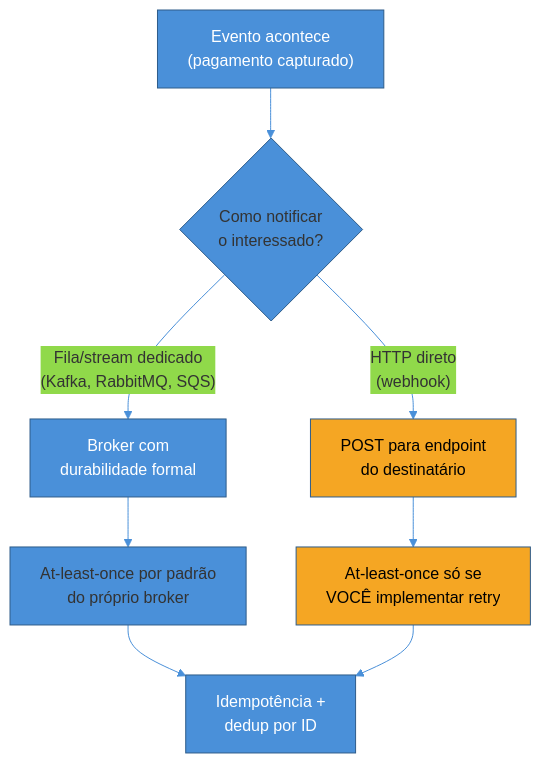
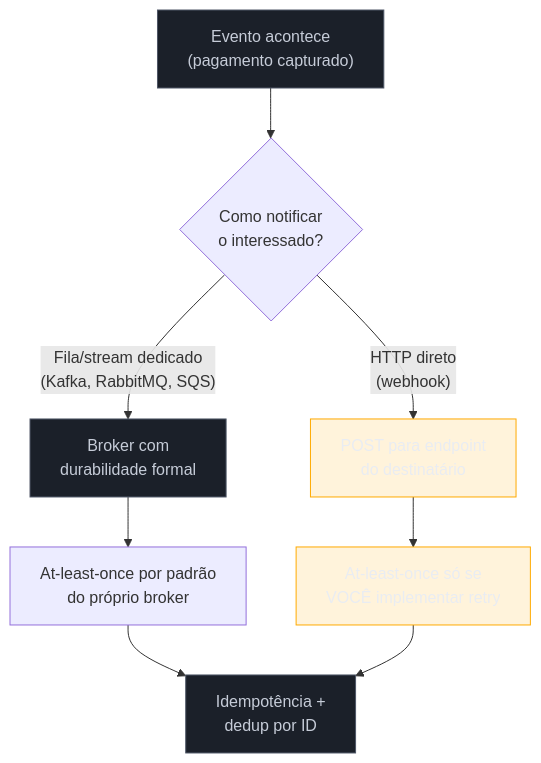
One commit to josenaldo/codex-technomanticus changed the second of 2 diagrams in 03-Dominios/Engenharia/Comunicação entre Sistemas/4 - Comunicação assíncrona/06 - O que está emergindo em mensageria.md. Above: the diagram before and after it, drawn with Mermaid. The commit also changed other lines of this file and 1181 other files, not shown here.

First line of the commit message:
fix(diagramas): paleta do sistema no lugar de cor cravada no markdown

````diff
--- a/03-Dominios/Engenharia/Comunicação entre Sistemas/4 - Comunicação assíncrona/06 - O que está emergindo em mensageria.md
+++ b/03-Dominios/Engenharia/Comunicação entre Sistemas/4 - Comunicação assíncrona/06 - O que está emergindo em mensageria.md
@@ -231,20 +232,21 @@
 ```mermaid
-%%{init: {"theme": "base", "themeVariables": {"primaryColor": "#4A90D9", "primaryBorderColor": "#2E5C8A", "lineColor": "#4A90D9"}}}%%
 graph TD
+    classDef neutro fill:#1B2029,stroke:#4E5666,color:#C6CCD8
+    classDef destaque fill:#FFAA0024,stroke:#FFAA00,color:#E9ECF2
     E["Evento acontece<br/>(pagamento capturado)"] --> Q{"Como notificar<br/>o interessado?"}
 
     Q -->|"Fila/stream dedicado<br/>(Kafka, RabbitMQ, SQS)"| BROKER["Broker com<br/>durabilidade formal"]
     Q -->|"HTTP direto<br/>(webhook)"| WH["POST para endpoint<br/>do destinatário"]
 
     BROKER --> G1["At-least-once por padrão<br/>do próprio broker"]
     WH --> G2["At-least-once só se<br/>VOCÊ implementar retry"]
 
     G1 --> DEDUP["Idempotência +<br/>dedup por ID"]
     G2 --> DEDUP
 
-    style E fill:#4A90D9,color:#fff
-    style BROKER fill:#4A90D9,color:#fff
-    style WH fill:#F5A623,color:#000
-    style G2 fill:#F5A623,color:#000
-    style DEDUP fill:#4A90D9,color:#fff
+    class E neutro
+    class BROKER neutro
+    class WH destaque
+    class G2 destaque
+    class DEDUP neutro
 ```
````
